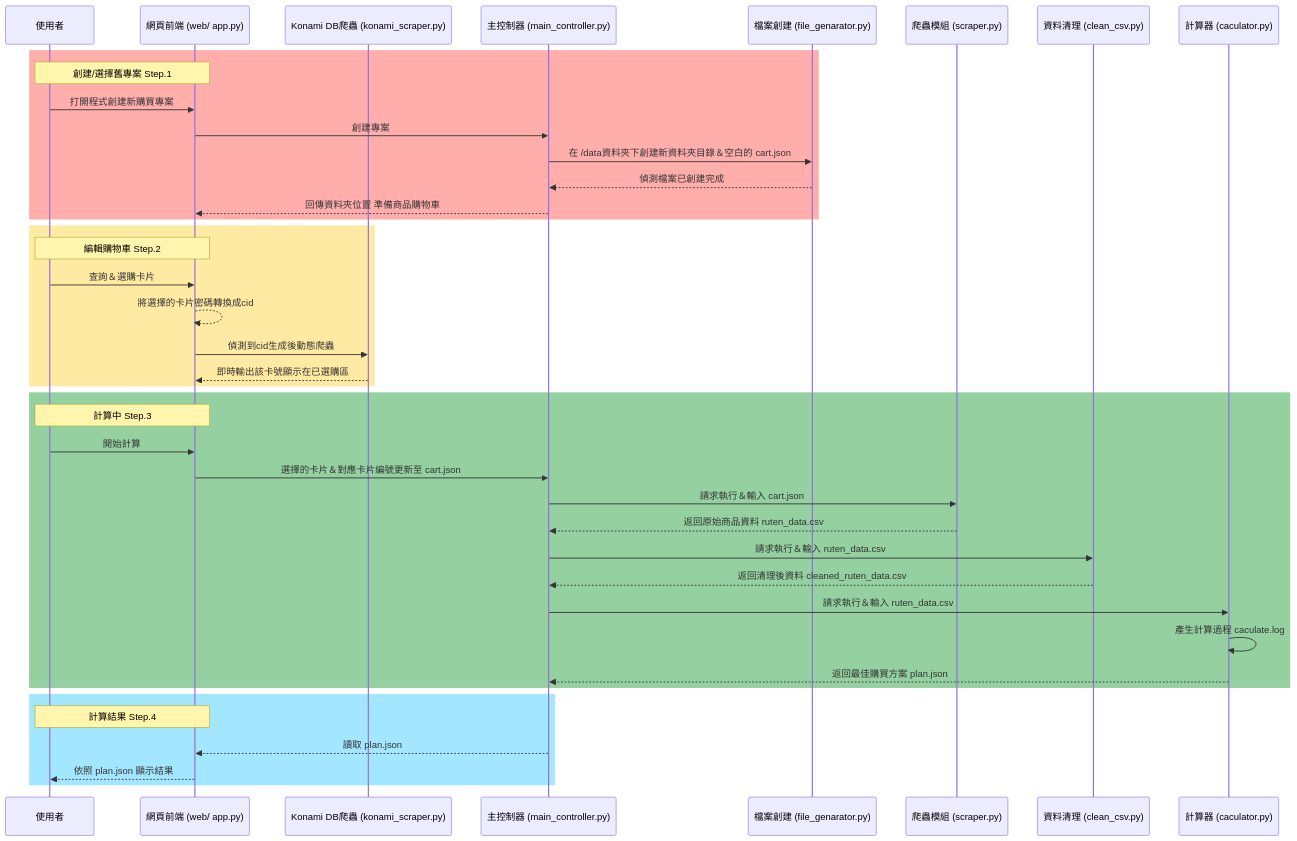
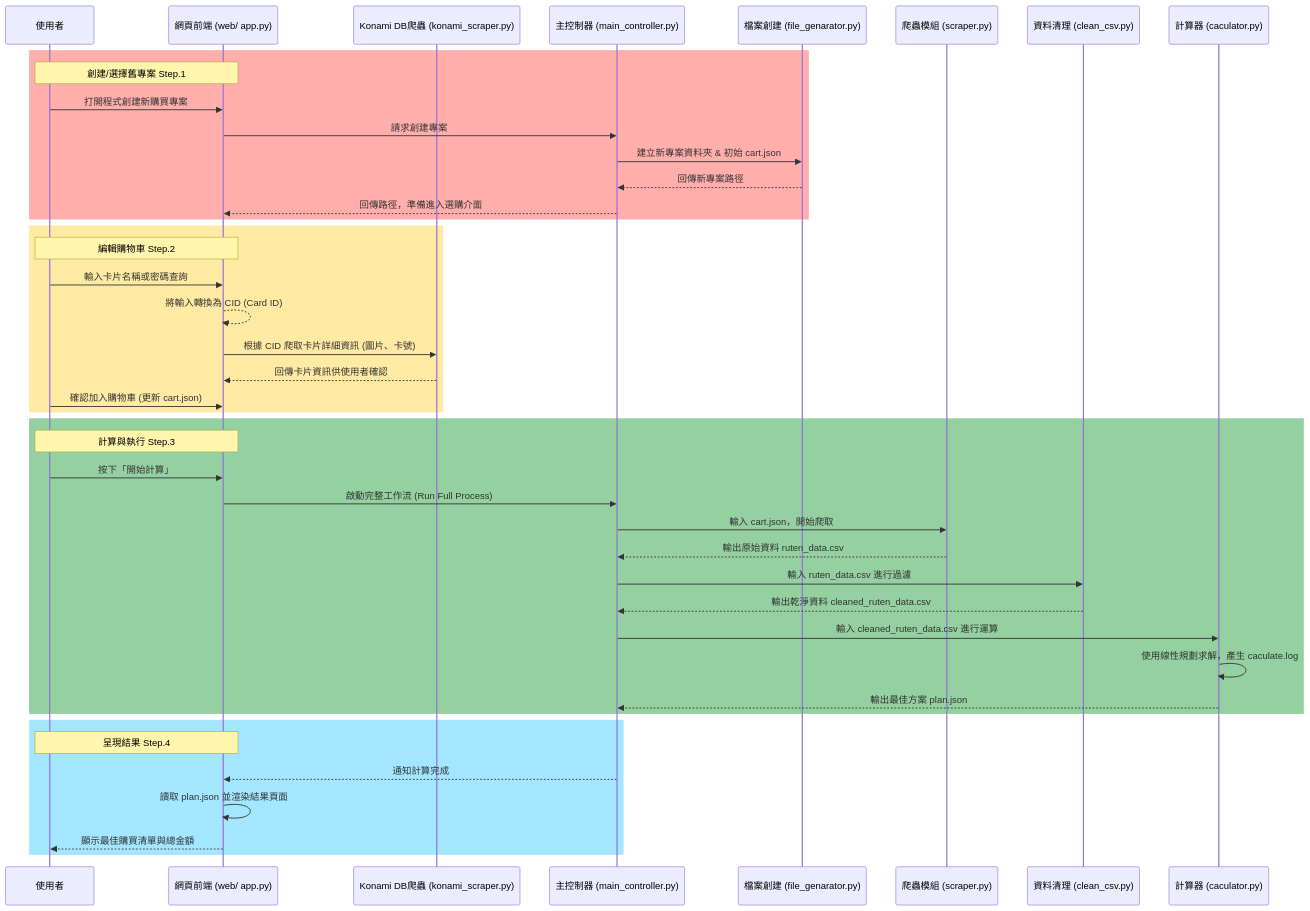
Before and after one commit to YuCMochi/YGOscraper: the first of 2 diagrams in README.md, drawn with Mermaid. The commit also changed other lines of this file, not shown here.

Commit message:
add diagram detail

````diff
--- a/README.md
+++ b/README.md
@@ -3,52 +7,52 @@
 ```mermaid
 sequenceDiagram
     participant 使用者
     participant 網頁前端 (web/ app.py)
     participant Konami DB爬蟲 (konami_scraper.py)
     participant 主控制器 (main_controller.py)
     participant 檔案創建 (file_genarator.py)
     participant 爬蟲模組 (scraper.py)
     participant 資料清理 (clean_csv.py)
     participant 計算器 (caculator.py)
 
     rect rgba(255, 102, 99, 0.53)
     note over 使用者,網頁前端 (web/ app.py): 創建/選擇舊專案 Step.1
     使用者->>網頁前端 (web/ app.py): 打開程式創建新購買專案
-    網頁前端 (web/ app.py)->>主控制器 (main_controller.py):創建專案
-
-    主控制器 (main_controller.py)->>檔案創建 (file_genarator.py): 在 /data資料夾下創建新資料夾目錄＆空白的 cart.json
-    檔案創建 (file_genarator.py)-->>主控制器 (main_controller.py): 偵測檔案已創建完成
-    主控制器 (main_controller.py)-->>網頁前端 (web/ app.py): 回傳資料夾位置 準備商品購物車
+    網頁前端 (web/ app.py)->>主控制器 (main_controller.py): 請求創建專案
+    主控制器 (main_controller.py)->>檔案創建 (file_genarator.py): 建立新專案資料夾 & 初始 cart.json
+    檔案創建 (file_genarator.py)-->>主控制器 (main_controller.py): 回傳新專案路徑
+    主控制器 (main_controller.py)-->>網頁前端 (web/ app.py): 回傳路徑，準備進入選購介面
     end
 
     rect rgba(255, 219, 99, 0.59)
     note over 使用者,網頁前端 (web/ app.py): 編輯購物車 Step.2
-    使用者->>網頁前端 (web/ app.py): 查詢＆選購卡片
-    網頁前端 (web/ app.py)-->>網頁前端 (web/ app.py): 將選擇的卡片密碼轉換成cid
-
-    網頁前端 (web/ app.py)->>Konami DB爬蟲 (konami_scraper.py): 偵測到cid生成後動態爬蟲
-    Konami DB爬蟲 (konami_scraper.py)-->>網頁前端 (web/ app.py): 即時輸出該卡號顯示在已選購區
+    使用者->>網頁前端 (web/ app.py): 輸入卡片名稱或密碼查詢
+    網頁前端 (web/ app.py)-->>網頁前端 (web/ app.py): 將輸入轉換為 CID (Card ID)
+    網頁前端 (web/ app.py)->>Konami DB爬蟲 (konami_scraper.py): 根據 CID 爬取卡片詳細資訊 (圖片、卡號)
+    Konami DB爬蟲 (konami_scraper.py)-->>網頁前端 (web/ app.py): 回傳卡片資訊供使用者確認
+    使用者->>網頁前端 (web/ app.py): 確認加入購物車 (更新 cart.json)
     end
 
     rect rgba(64, 171, 86, 0.56)
-    note over 使用者,網頁前端 (web/ app.py): 計算中 Step.3
-    使用者->>網頁前端 (web/ app.py): 開始計算
-    網頁前端 (web/ app.py)->>主控制器 (main_controller.py): 選擇的卡片＆對應卡片編號更新至 cart.json
+    note over 使用者,網頁前端 (web/ app.py): 計算與執行 Step.3
+    使用者->>網頁前端 (web/ app.py): 按下「開始計算」
+    網頁前端 (web/ app.py)->>主控制器 (main_controller.py): 啟動完整工作流 (Run Full Process)
 
-    主控制器 (main_controller.py)->>爬蟲模組 (scraper.py): 請求執行＆輸入 cart.json
-    爬蟲模組 (scraper.py)-->>主控制器 (main_controller.py): 返回原始商品資料 ruten_data.csv
+    主控制器 (main_controller.py)->>爬蟲模組 (scraper.py): 輸入 cart.json，開始爬取
+    爬蟲模組 (scraper.py)-->>主控制器 (main_controller.py): 輸出原始資料 ruten_data.csv
     
-    主控制器 (main_controller.py)->>資料清理 (clean_csv.py): 請求執行＆輸入 ruten_data.csv
-    資料清理 (clean_csv.py)-->>主控制器 (main_controller.py): 返回清理後資料 cleaned_ruten_data.csv
+    主控制器 (main_controller.py)->>資料清理 (clean_csv.py):輸入 ruten_data.csv 進行過濾
+    資料清理 (clean_csv.py)-->>主控制器 (main_controller.py): 輸出乾淨資料 cleaned_ruten_data.csv
     
-    主控制器 (main_controller.py)->>計算器 (caculator.py): 請求執行＆輸入 ruten_data.csv
-    計算器 (caculator.py)->>計算器 (caculator.py): 產生計算過程 caculate.log
-    計算器 (caculator.py)-->>主控制器 (main_controller.py): 返回最佳購買方案 plan.json
+    主控制器 (main_controller.py)->>計算器 (caculator.py):輸入 cleaned_ruten_data.csv 進行運算
+    計算器 (caculator.py)->>計算器 (caculator.py): 使用線性規劃求解，產生 caculate.log
+    計算器 (caculator.py)-->>主控制器 (main_controller.py): 輸出最佳方案 plan.json
     end
     
     rect rgba(99, 213, 255, 0.59)
-    note over 使用者,網頁前端 (web/ app.py): 計算結果 Step.4
-    主控制器 (main_controller.py)-->>網頁前端 (web/ app.py): 讀取 plan.json
-    網頁前端 (web/ app.py)-->>使用者: 依照 plan.json 顯示結果
+    note over 使用者,網頁前端 (web/ app.py): 呈現結果 Step.4
+    主控制器 (main_controller.py)-->>網頁前端 (web/ app.py): 通知計算完成
+    網頁前端 (web/ app.py)->>網頁前端 (web/ app.py): 讀取 plan.json 並渲染結果頁面
+    網頁前端 (web/ app.py)-->>使用者: 顯示最佳購買清單與總金額
     end
 ```
````
